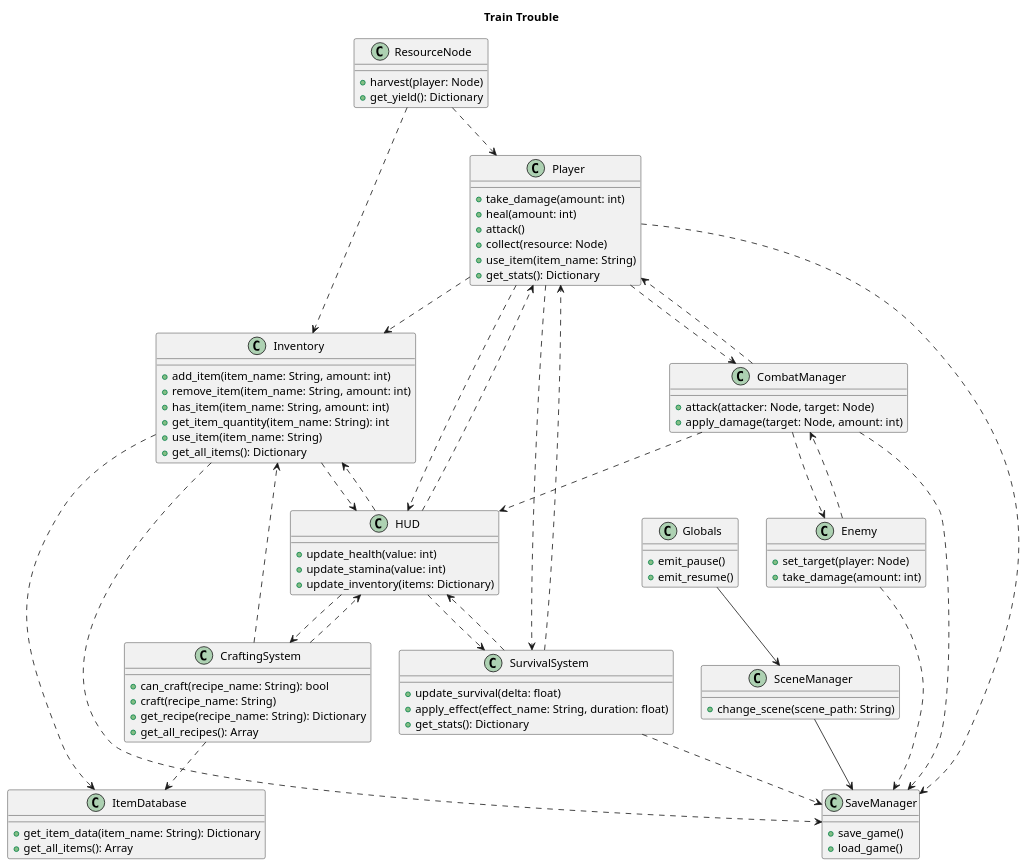
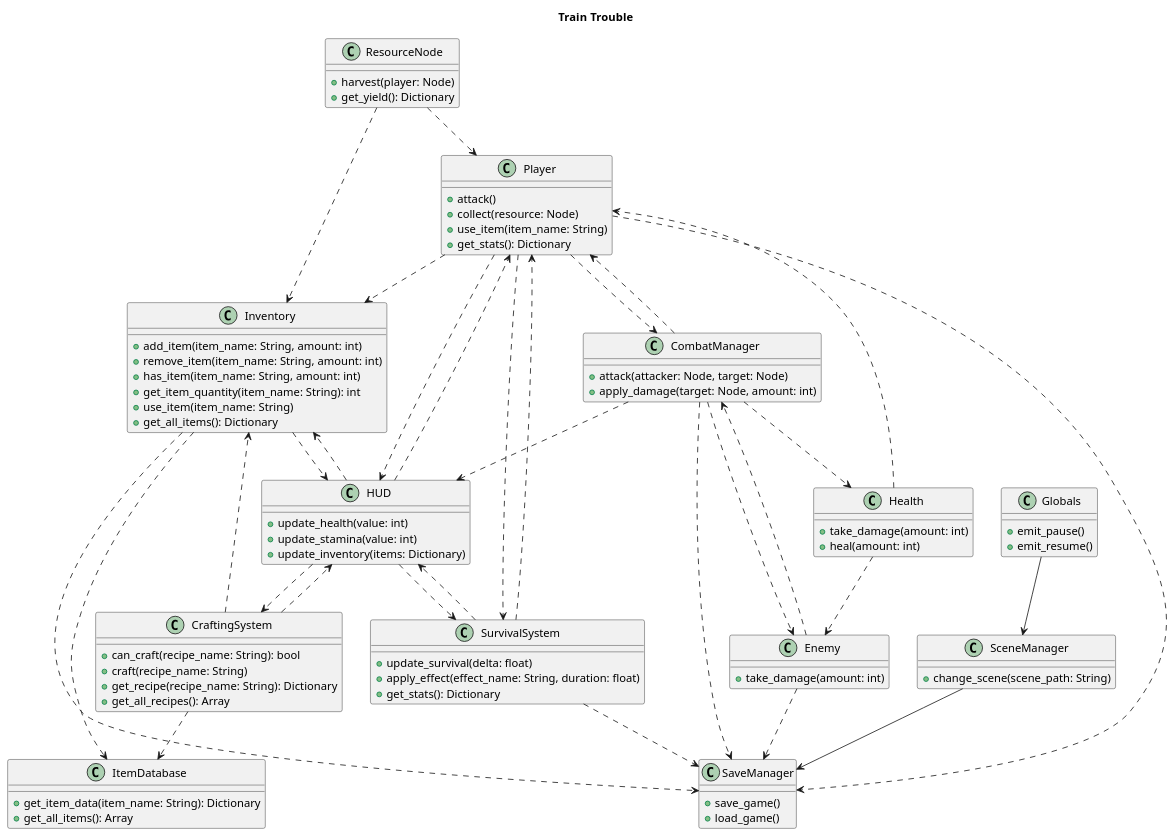
The diagram in docs/class_diagram.puml (EyeAmTheOne/CS180_Project), drawn with PlantUML before and after one commit.

Commit message:
Update class diagram with Health class

```diff
--- a/docs/class_diagram.puml
+++ b/docs/class_diagram.puml
@@ -1,111 +1,117 @@
 @startuml
 title Train Trouble
 
 class Globals {
   + emit_pause()
   + emit_resume()
 }
 
 class SceneManager {
   + change_scene(scene_path: String)
 }
 
 class SaveManager {
   + save_game()
   + load_game()
 }
 
 Globals --> SceneManager
 SceneManager --> SaveManager
 
 class Player {
-  + take_damage(amount: int)
-  + heal(amount: int)
   + attack()
   + collect(resource: Node)
   + use_item(item_name: String)
   + get_stats(): Dictionary
 }
 
 Player ..> Inventory
 Player ..> CombatManager
 Player ..> SurvivalSystem
 Player ..> HUD
 Player ..> SaveManager
+
+class Health {
+    + take_damage(amount: int)
+    + heal(amount: int)
+}
+
+Health ..> Player
+Health ..> Enemy
 
 class Inventory {
   + add_item(item_name: String, amount: int)
   + remove_item(item_name: String, amount: int)
   + has_item(item_name: String, amount: int)
   + get_item_quantity(item_name: String): int
   + use_item(item_name: String)
   + get_all_items(): Dictionary
 }
 
 class ItemDatabase {
   + get_item_data(item_name: String): Dictionary
   + get_all_items(): Array
 }
 
 Inventory ..> ItemDatabase
 Inventory ..> HUD
 Inventory ..> SaveManager
 
 class CraftingSystem {
   + can_craft(recipe_name: String): bool
   + craft(recipe_name: String)
   + get_recipe(recipe_name: String): Dictionary
   + get_all_recipes(): Array
 }
 
 CraftingSystem ..> Inventory
 CraftingSystem ..> ItemDatabase
 CraftingSystem ..> HUD
 
 class ResourceNode {
   + harvest(player: Node)
   + get_yield(): Dictionary
 }
 
 ResourceNode ..> Inventory
 ResourceNode ..> Player
 
 class CombatManager {
   + attack(attacker: Node, target: Node)
   + apply_damage(target: Node, amount: int)
 }
 
 CombatManager ..> Player
 CombatManager ..> Enemy
+CombatManager ..> Health
 CombatManager ..> HUD
 CombatManager ..> SaveManager
 
 class Enemy {
-  + set_target(player: Node)
   + take_damage(amount: int)
 }
 
 Enemy ..> CombatManager
 Enemy ..> SaveManager
 
 class SurvivalSystem {
   + update_survival(delta: float)
   + apply_effect(effect_name: String, duration: float)
   + get_stats(): Dictionary
 }
 
 SurvivalSystem ..> Player
 SurvivalSystem ..> HUD
 SurvivalSystem ..> SaveManager
 
 class HUD {
   + update_health(value: int)
   + update_stamina(value: int)
   + update_inventory(items: Dictionary)
 }
 
 HUD ..> Player
 HUD ..> Inventory
 HUD ..> CraftingSystem
 HUD ..> SurvivalSystem
 @enduml
```
